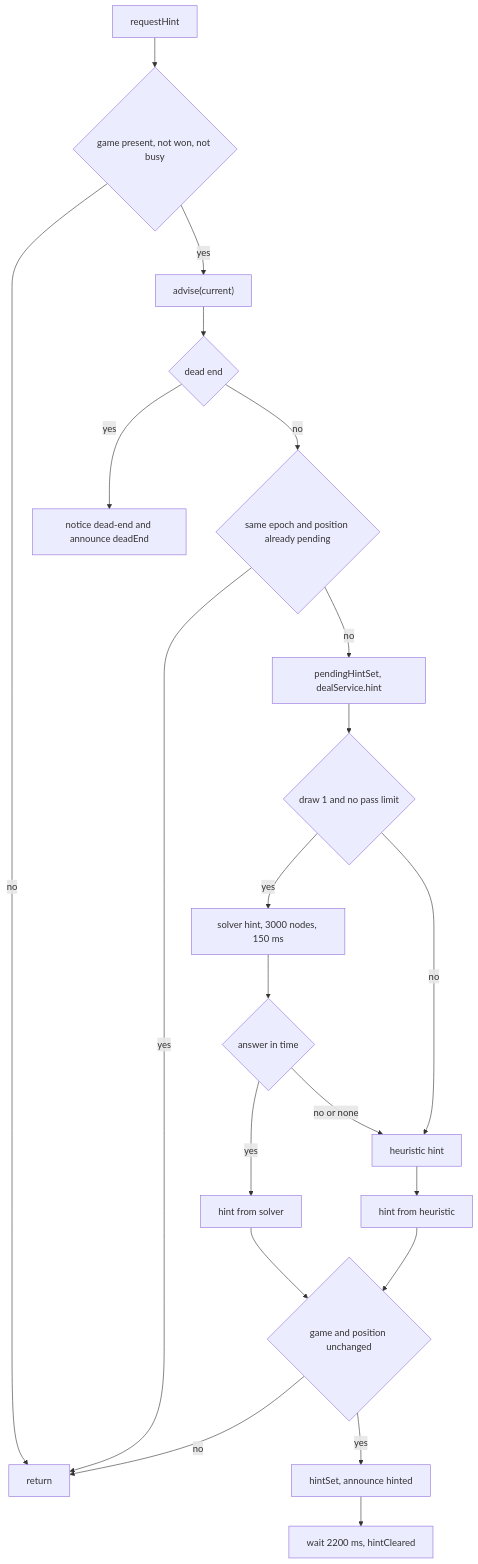
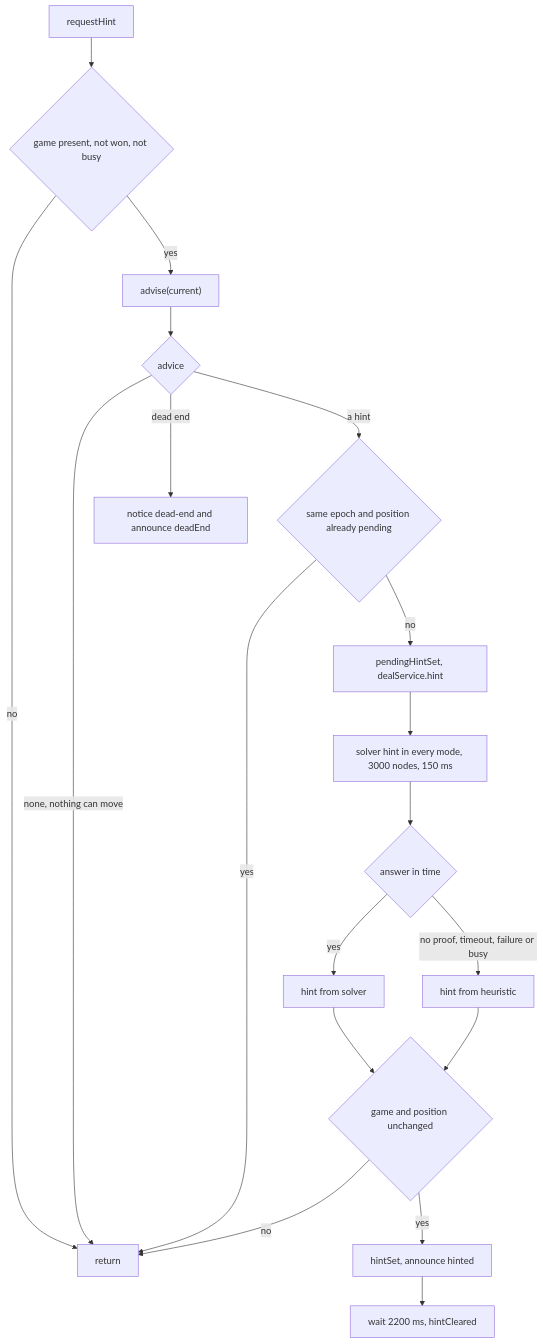
The fourth of 6 diagrams in docs/architecture/data-flows.md (sanyokkua/solitaire), drawn with Mermaid before and after one commit. The commit also changed other lines of this file and 422 other files, not shown here.

````diff
--- a/docs/architecture/data-flows.md
+++ b/docs/architecture/data-flows.md
@@ -110,23 +179,21 @@
 ```mermaid
 flowchart TD
     A["requestHint"] --> B{"game present, not won, not busy"}
     B -- "no" --> Z["return"]
     B -- "yes" --> C["advise(current)"]
-    C --> D{"dead end"}
-    D -- "yes" --> E["notice dead-end and announce deadEnd"]
-    D -- "no" --> F{"same epoch and position already pending"}
+    C --> D{"advice"}
+    D -- "none, nothing can move" --> Z
+    D -- "dead end" --> E["notice dead-end and announce deadEnd"]
+    D -- "a hint" --> F{"same epoch and position already pending"}
     F -- "yes" --> Z
     F -- "no" --> G["pendingHintSet, dealService.hint"]
-    G --> H{"draw 1 and no pass limit"}
-    H -- "yes" --> I["solver hint, 3000 nodes, 150 ms"]
-    H -- "no" --> J["heuristic hint"]
+    G --> I["solver hint in every mode, 3000 nodes, 150 ms"]
     I --> K{"answer in time"}
     K -- "yes" --> L["hint from solver"]
-    K -- "no or none" --> J
-    J --> L2["hint from heuristic"]
+    K -- "no proof, timeout, failure or busy" --> L2["hint from heuristic"]
     L --> M{"game and position unchanged"}
     L2 --> M
     M -- "no" --> Z
     M -- "yes" --> N["hintSet, announce hinted"]
     N --> O["wait 2200 ms, hintCleared"]
 ```
````
